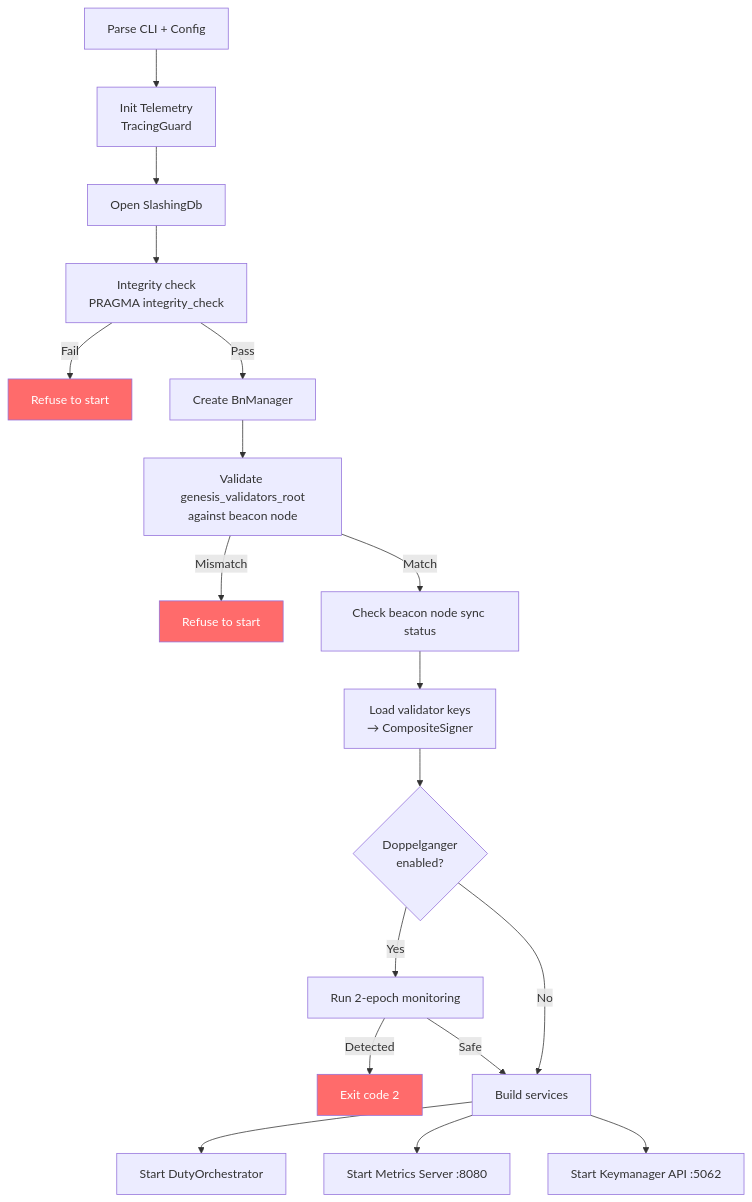
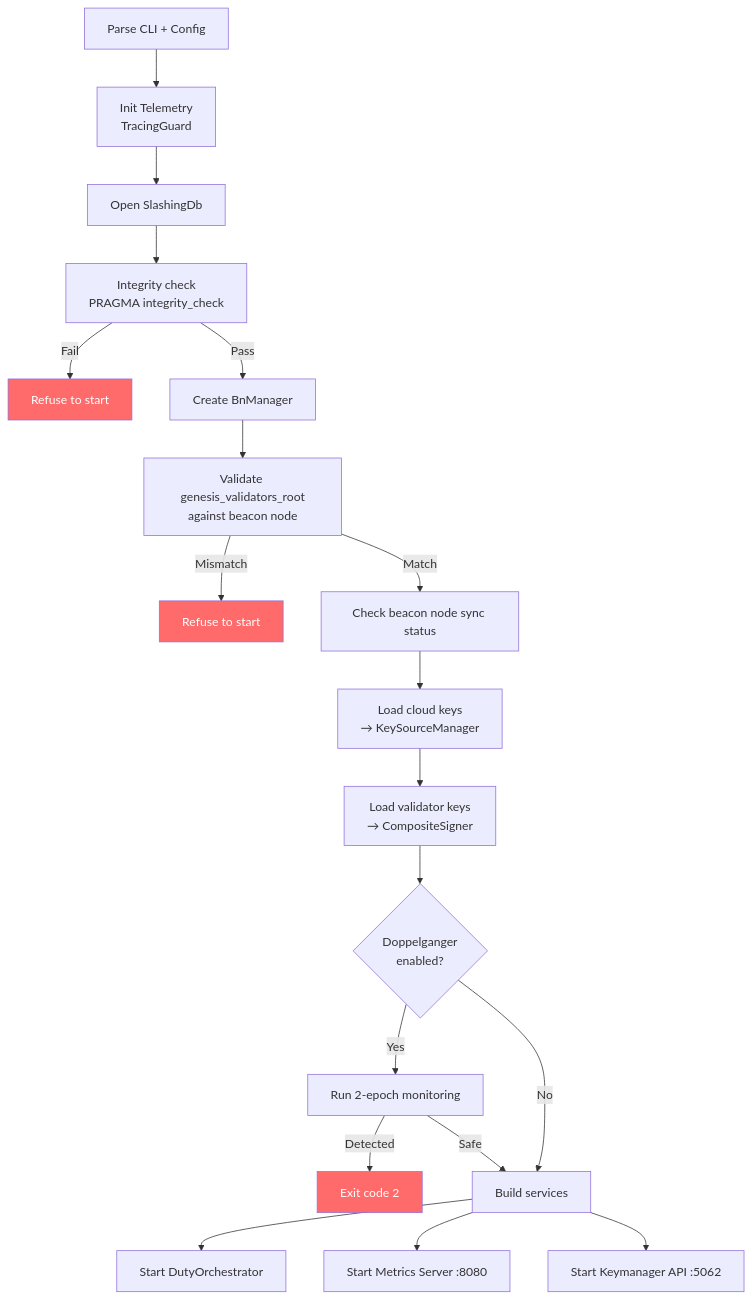
Before and after one commit to dsrvlabs/rvc: the seventh of 8 diagrams in ARCHITECTURE.md, drawn with Mermaid. The commit also changed other lines of this file and 2 other files, not shown here.

First line of the commit message:
docs: update architecture, README, and running guide for secret-provider crate

````diff
--- a/ARCHITECTURE.md
+++ b/ARCHITECTURE.md
@@ -317,24 +326,25 @@
 ```mermaid
 flowchart TD
     A[Parse CLI + Config] --> A1[Init Telemetry<br/>TracingGuard]
     A1 --> B[Open SlashingDb]
     B --> C[Integrity check<br/>PRAGMA integrity_check]
     C -->|Fail| X1[Refuse to start]
     C -->|Pass| D[Create BnManager]
     D --> E[Validate genesis_validators_root<br/>against beacon node]
     E -->|Mismatch| X2[Refuse to start]
     E -->|Match| F[Check beacon node sync status]
-    F --> G[Load validator keys<br/>→ CompositeSigner]
+    F --> F1[Load cloud keys<br/>→ KeySourceManager]
+    F1 --> G[Load validator keys<br/>→ CompositeSigner]
     G --> H{Doppelganger<br/>enabled?}
     H -->|Yes| I[Run 2-epoch monitoring]
     I -->|Detected| X3[Exit code 2]
     I -->|Safe| J[Build services]
     H -->|No| J
     J --> K[Start DutyOrchestrator]
     J --> L[Start Metrics Server :8080]
     J --> M[Start Keymanager API :5062]
 
     style X1 fill:#ff6b6b,color:#fff
     style X2 fill:#ff6b6b,color:#fff
     style X3 fill:#ff6b6b,color:#fff
 ```
````
